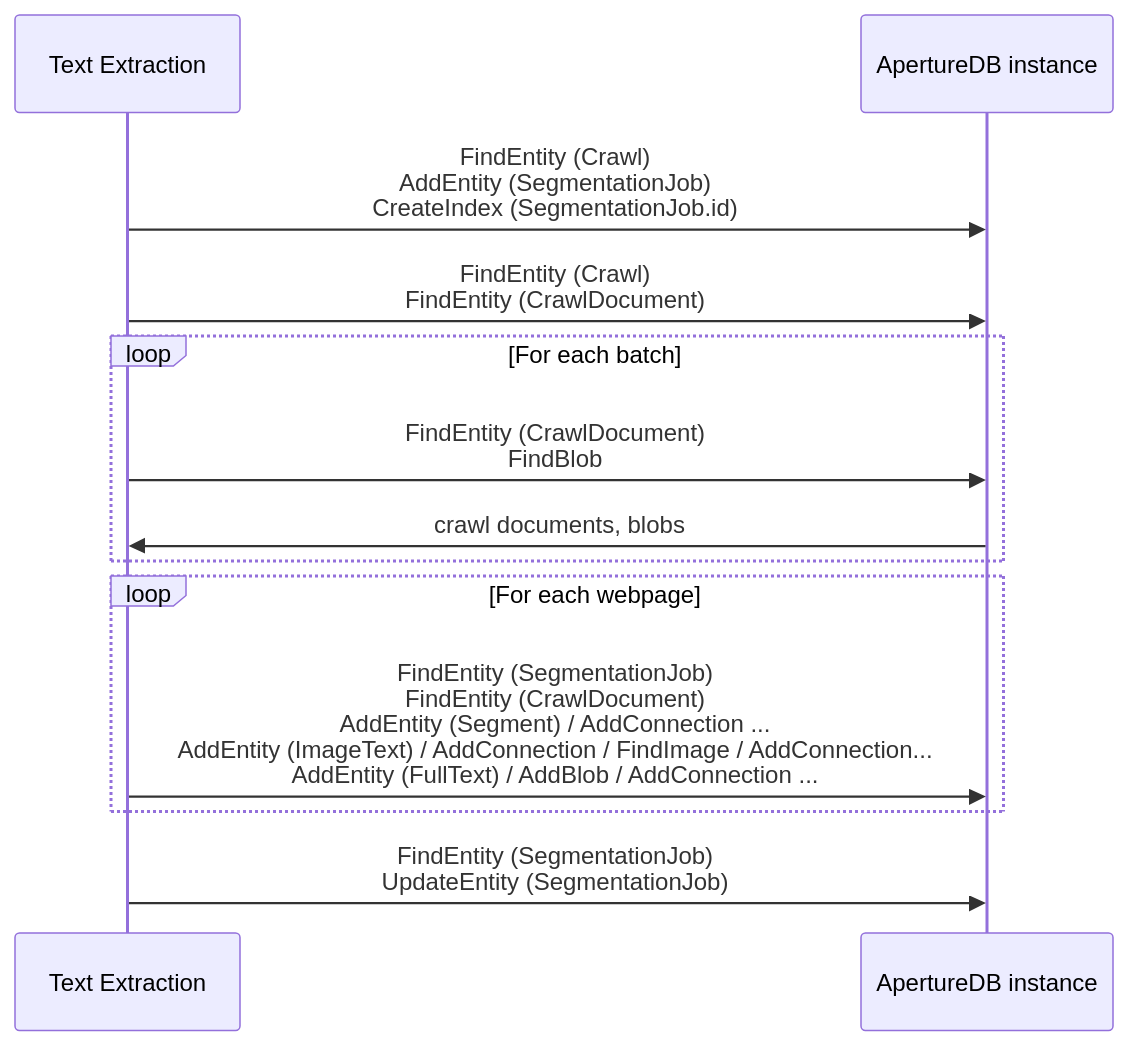
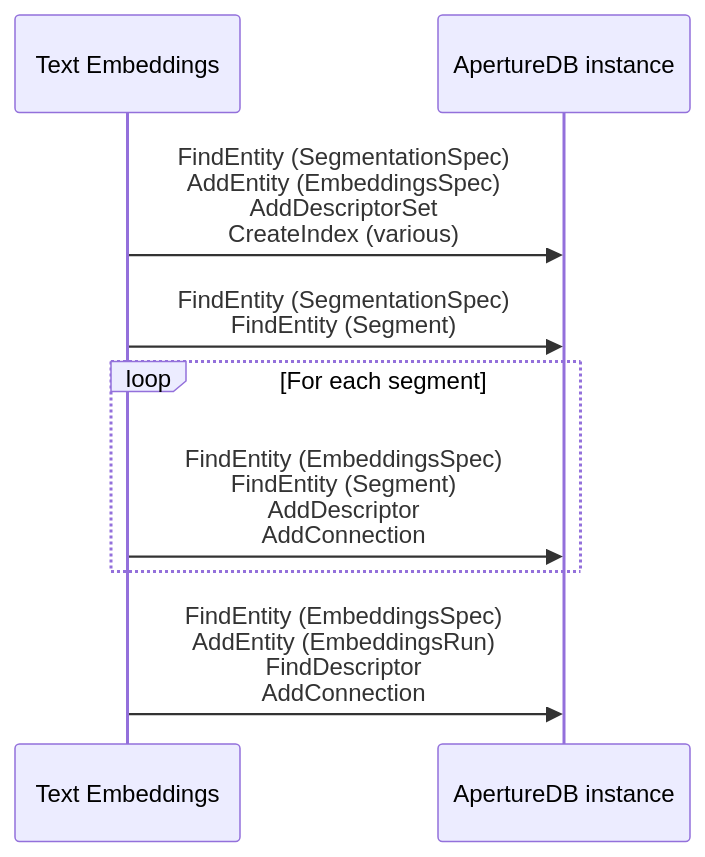
One commit to aperture-data/workflows changed the second of 2 diagrams in apps/text-embeddings/README.md. Above: the diagram before and after it, drawn with Mermaid. The commit also changed other lines of this file, not shown here.

````diff
--- a/apps/text-embeddings/README.md
+++ b/apps/text-embeddings/README.md
@@ -61,15 +52,11 @@
 ```mermaid
 sequenceDiagram
-    participant W as Text Extraction
+    participant W as Text Embeddings
     participant A as ApertureDB instance
-    W->>A: FindEntity (Crawl)<br/>AddEntity (SegmentationJob)<br/>CreateIndex (SegmentationJob.id)
-    W->>A: FindEntity (Crawl)<br/>FindEntity (CrawlDocument)
-    loop For each batch
-        W->>A: FindEntity (CrawlDocument)<br/>FindBlob
-        A->>W: crawl documents, blobs
+    W->>A: FindEntity (SegmentationSpec)<br/>AddEntity (EmbeddingsSpec)<br/>AddDescriptorSet<br/>CreateIndex (various)
+    W->>A: FindEntity (SegmentationSpec)<br/>FindEntity (Segment)
+    loop For each segment
+        W->>A: FindEntity (EmbeddingsSpec)<br/>FindEntity (Segment)<br/>AddDescriptor <br/> AddConnection 
     end
-    loop For each webpage
-        W->>A: FindEntity (SegmentationJob)<br/>FindEntity (CrawlDocument)<br/>AddEntity (Segment) / AddConnection ...<br/>AddEntity (ImageText) / AddConnection / FindImage / AddConnection...<br/>AddEntity (FullText) / AddBlob / AddConnection ...
-    end
-    W->>A: FindEntity (SegmentationJob)<br/>UpdateEntity (SegmentationJob)
+    W->>A: FindEntity (EmbeddingsSpec)<br/>AddEntity (EmbeddingsRun)<br/>FindDescriptor<br/>AddConnection
 ```
````
